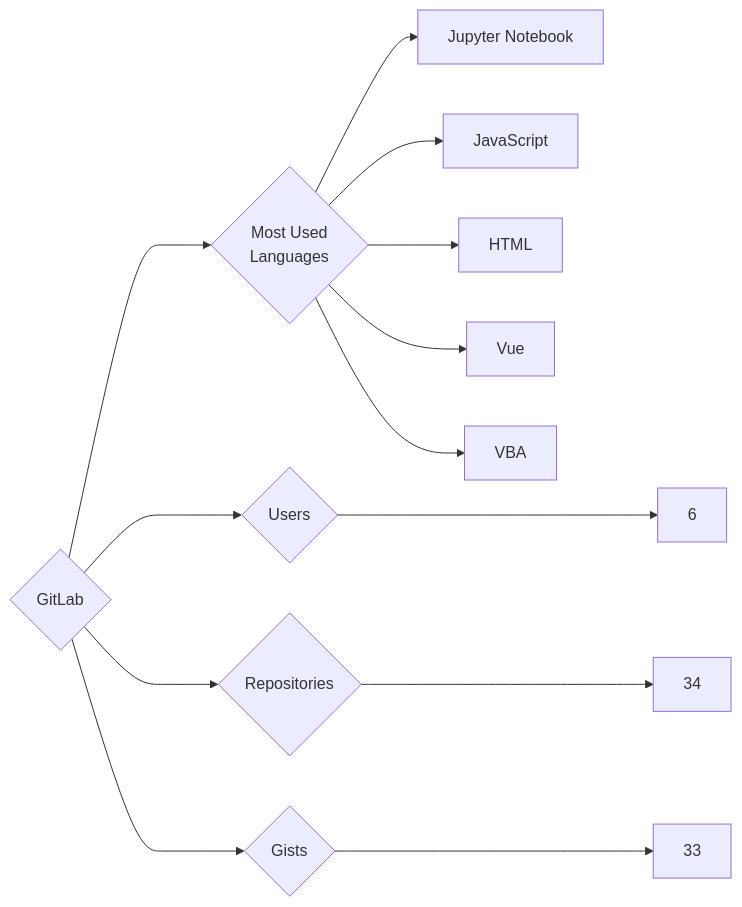
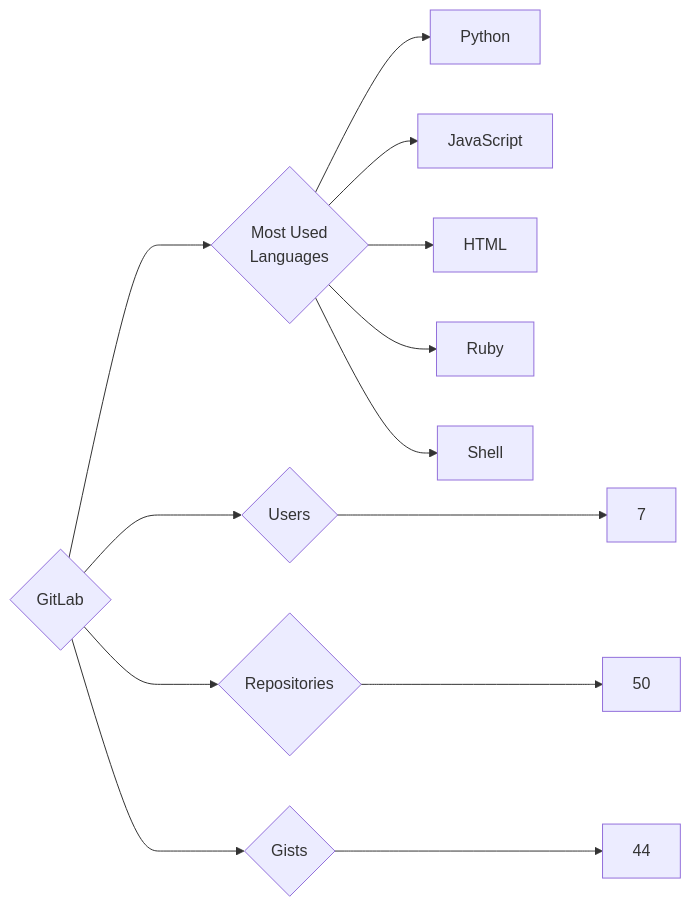
The diagram in targets/GitLab/README.md (trickest/insiders), drawn with Mermaid before and after one commit. The commit also changed 1120 other files, not shown here.

````diff
--- a/targets/GitLab/README.md
+++ b/targets/GitLab/README.md
@@ -3,13 +3,13 @@
 ```mermaid
 graph LR
 COMPANY_NAME{GitLab}
-COMPANY_NAME ---> U{Users} ---> UN[6]
-COMPANY_NAME ---> R{Repositories} ---> RN[34]
-COMPANY_NAME ---> G{Gists} ---> GN[33]
+COMPANY_NAME ---> U{Users} ---> UN[7]
+COMPANY_NAME ---> R{Repositories} ---> RN[50]
+COMPANY_NAME ---> G{Gists} ---> GN[44]
 COMPANY_NAME ---> ML{Most Used<br>Languages}
-ML --> Jupyter_Notebook[Jupyter Notebook]
+ML --> Python[Python]
 ML --> JavaScript[JavaScript]
 ML --> HTML[HTML]
-ML --> Vue[Vue]
-ML --> VBA[VBA]
+ML --> Ruby[Ruby]
+ML --> Shell[Shell]
 ```
````
